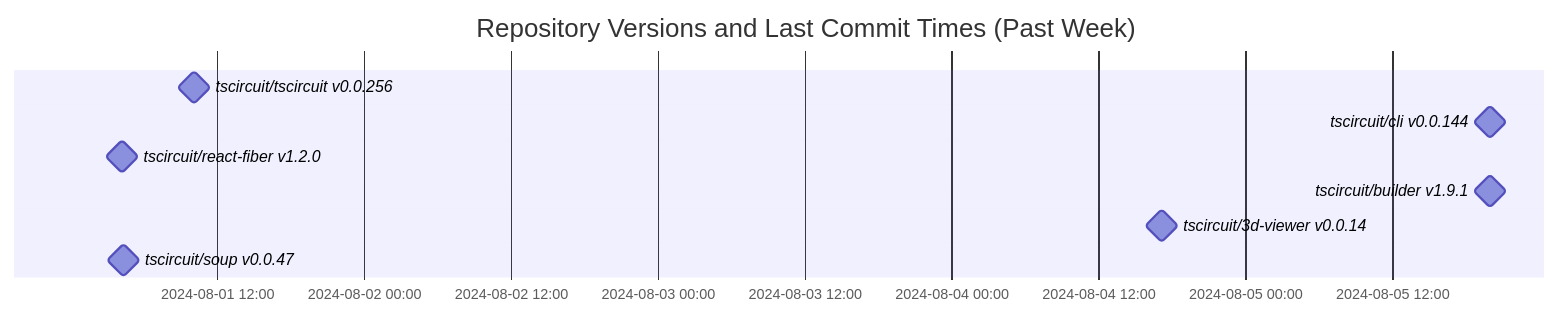
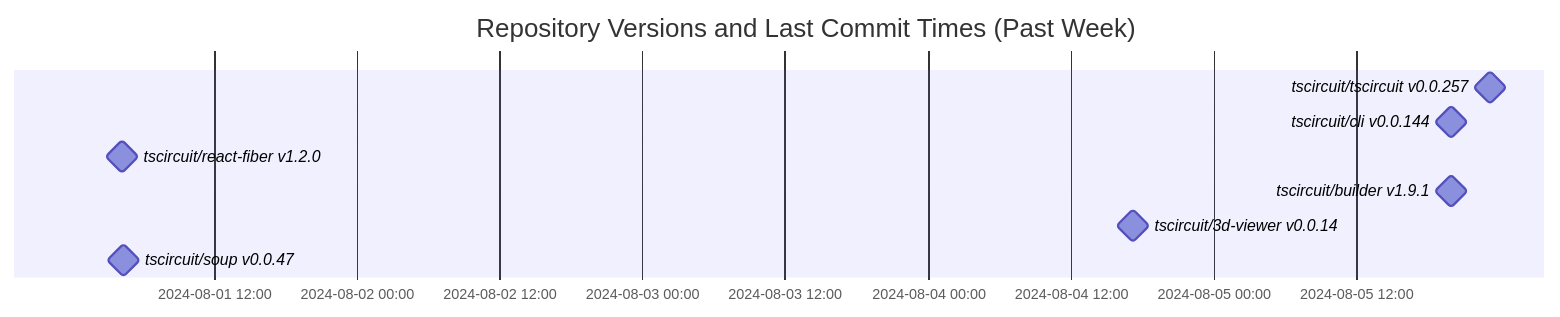
The diagram in README.md (tscircuit/version-tracker), drawn with Mermaid before and after one commit.

Commit message:
Update chart

````diff
--- a/README.md
+++ b/README.md
@@ -1,13 +1,13 @@
 ```mermaid
 gantt
   dateFormat  YYYY-MM-DD HH:mm:ss
   title Repository Versions and Last Commit Times (Past Week)
   axisFormat %Y-%m-%d %H:%M
 
-  tscircuit/tscircuit v0.0.256 : milestone, 2024-08-01 10:10:27, 1s
+  tscircuit/tscircuit v0.0.257 : milestone, 2024-08-05 23:16:17, 1s
   tscircuit/cli v0.0.144 : milestone, 2024-08-05 20:01:47, 1s
   tscircuit/react-fiber v1.2.0 : milestone, 2024-08-01 04:16:00, 1s
   tscircuit/builder v1.9.1 : milestone, 2024-08-05 20:01:47, 1s
   tscircuit/3d-viewer v0.0.14 : milestone, 2024-08-04 17:12:26, 1s
   tscircuit/soup v0.0.47 : milestone, 2024-08-01 04:19:38, 1s
 ```
````
